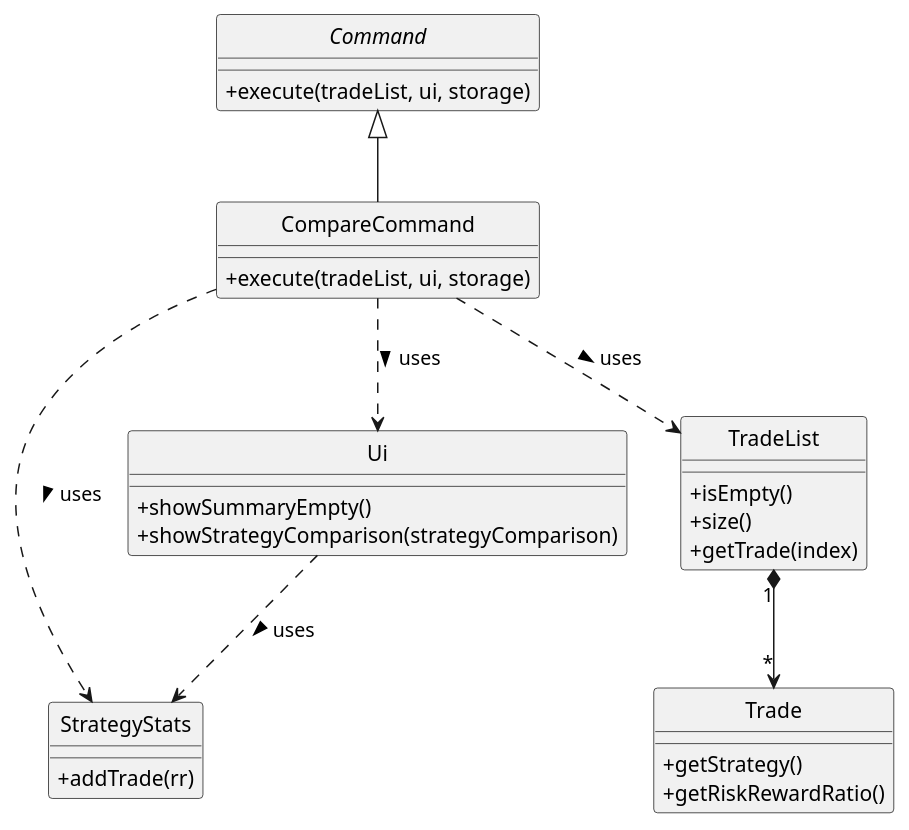
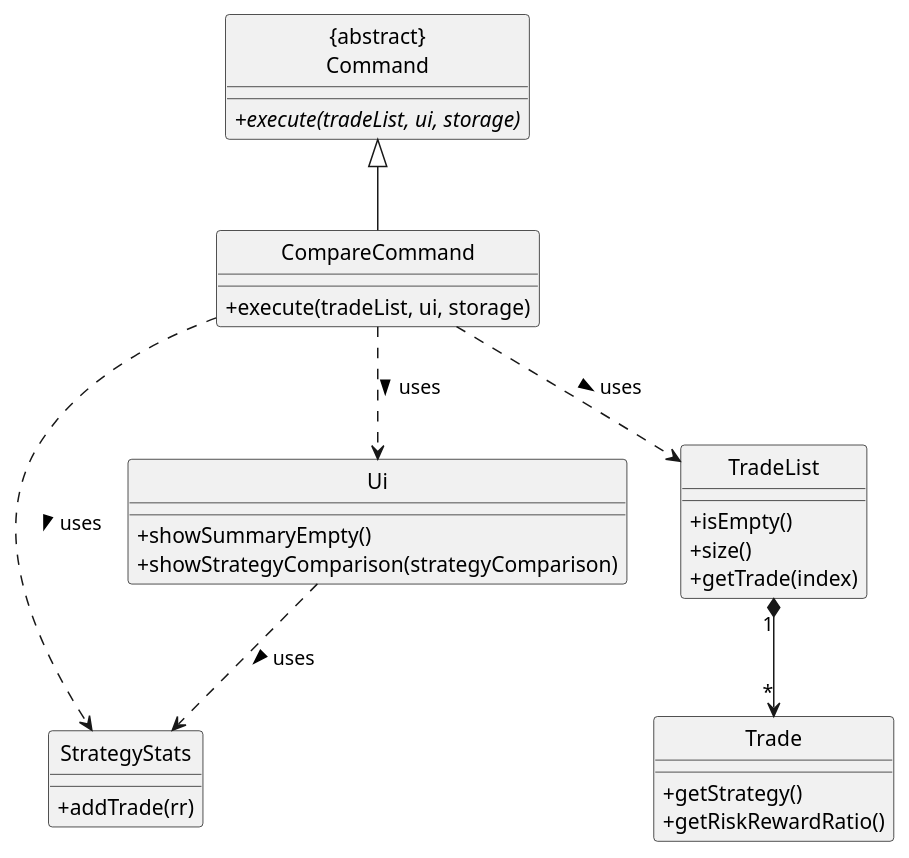
One commit to AY2526S2-CS2113-T11-2/tp changed the diagram in docs/diagrams/compare-class-diagram.puml. Above: the diagram before and after it, drawn with PlantUML. The commit also changed 11 other files, not shown here.

Commit message:
Update diagrams

```diff
--- a/docs/diagrams/compare-class-diagram.puml
+++ b/docs/diagrams/compare-class-diagram.puml
@@ -1,39 +1,39 @@
 @startuml
 skinparam Style strictuml
 skinparam classAttributeIconSize 0
 
-abstract class Command {
-    +execute(tradeList, ui, storage)
+class "{abstract}\nCommand" as Command {
+    {abstract} +execute(tradeList, ui, storage)
 }
 
 class CompareCommand {
     +execute(tradeList, ui, storage)
 }
 
 class StrategyStats {
     +addTrade(rr)
 }
 
 class TradeList {
     +isEmpty()
     +size()
     +getTrade(index)
 }
 
 class Trade {
     +getStrategy()
     +getRiskRewardRatio()
 }
 
 class Ui {
     +showSummaryEmpty()
     +showStrategyComparison(strategyComparison)
 }
 
 Command <|-- CompareCommand
 CompareCommand ..> TradeList : uses >
 CompareCommand ..> Ui : uses >
 CompareCommand ..> StrategyStats : uses >
 TradeList "1" *--> "*" Trade
 Ui ..> StrategyStats : uses >
 @enduml
```
